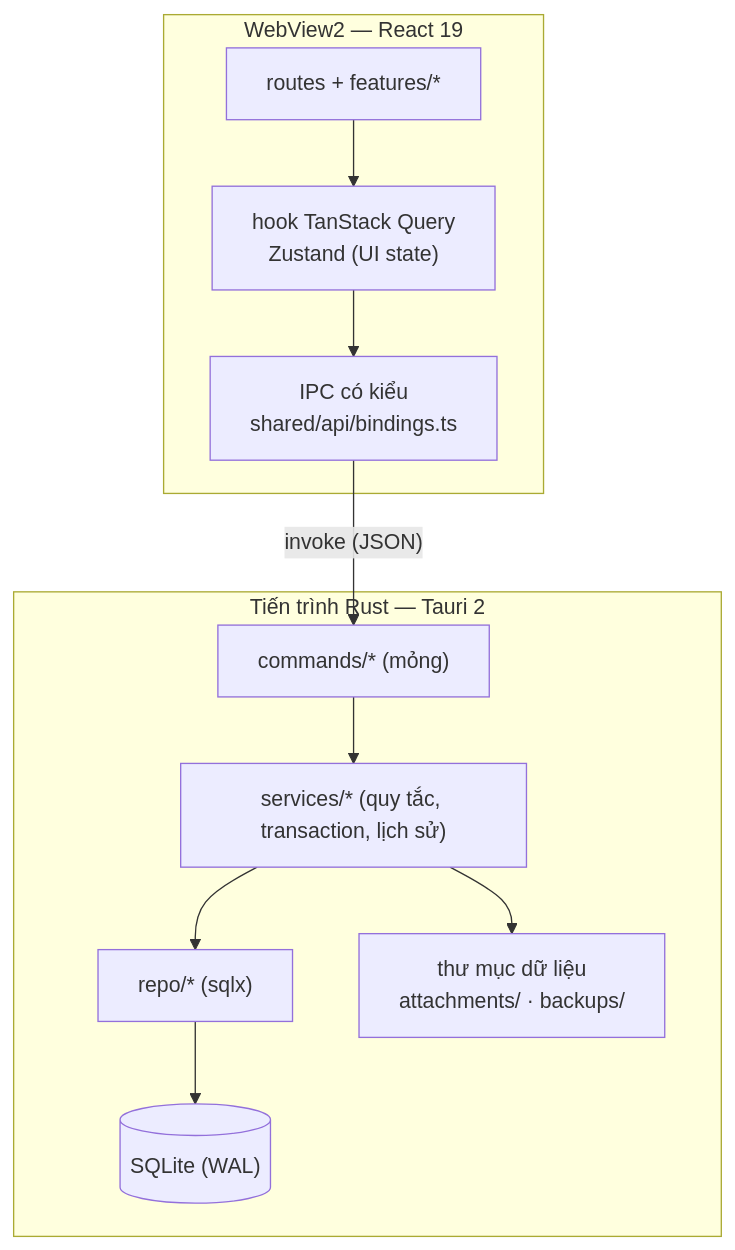
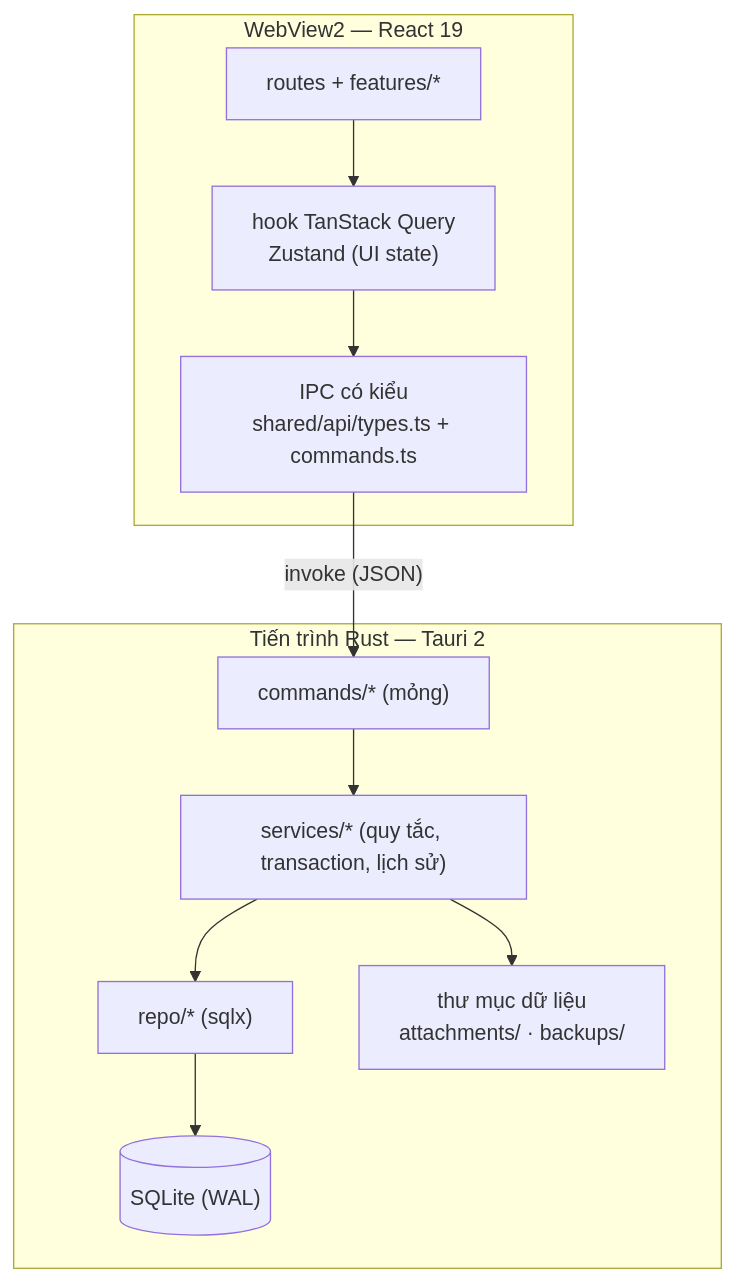
Before and after one commit to xuantruongnguyen230300-gif/TaskManager: the diagram in docs/05-kien-truc.md, drawn with Mermaid. The commit also changed other lines of this file and 193 other files, not shown here.

````diff
--- a/docs/05-kien-truc.md
+++ b/docs/05-kien-truc.md
@@ -12,14 +12,14 @@
 ```mermaid
 flowchart TB
   subgraph WV["WebView2 — React 19"]
     UI["routes + features/*"] --> HK["hook TanStack Query<br/>Zustand (UI state)"]
-    HK --> CL["IPC có kiểu<br/>shared/api/bindings.ts"]
+    HK --> CL["IPC có kiểu<br/>shared/api/types.ts + commands.ts"]
   end
   CL -- "invoke (JSON)" --> CMD
   subgraph RS["Tiến trình Rust — Tauri 2"]
     CMD["commands/* (mỏng)"] --> SVC["services/* (quy tắc, transaction, lịch sử)"]
     SVC --> REPO["repo/* (sqlx)"]
     REPO --> DB[("SQLite (WAL)")]
     SVC --> FS["thư mục dữ liệu<br/>attachments/ · backups/"]
   end
 ```
````
